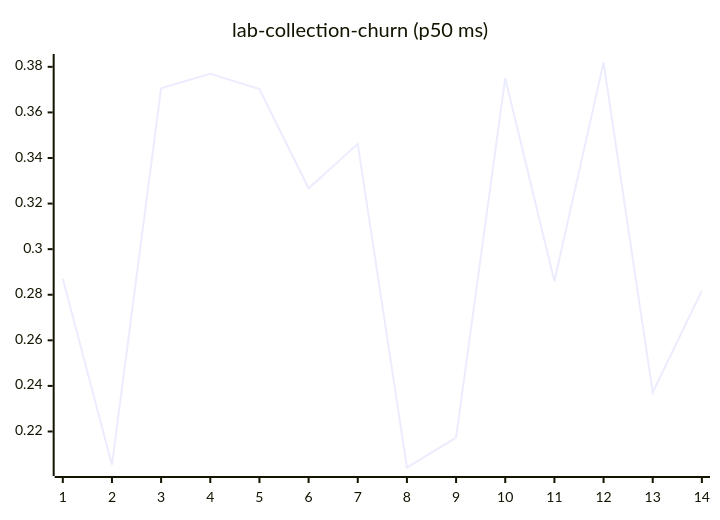
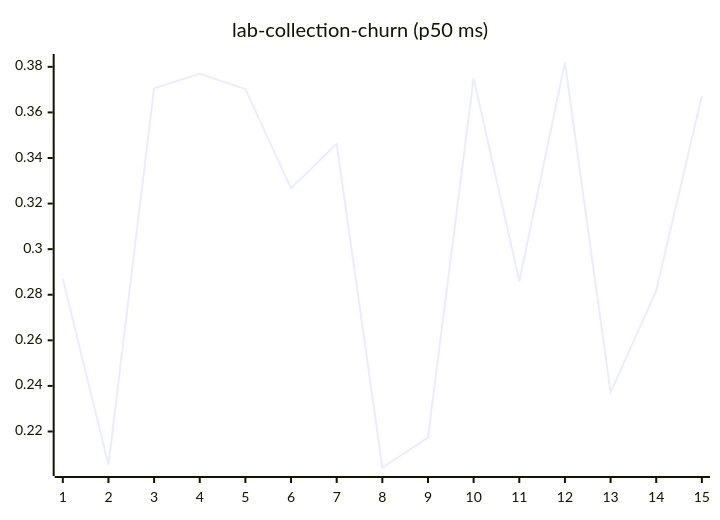
One commit to josha/Facet changed diagram 11 of 27 in README.md. Above: the diagram before and after it, drawn with Mermaid. The commit also changed other lines of this file and 2 other files, not shown here.

````diff
--- a/README.md
+++ b/README.md
@@ -133,6 +133,6 @@
 ```mermaid
 xychart-beta
     title "lab-collection-churn (p50 ms)"
-    x-axis 1 --> 14
-    line [0.2870, 0.2054, 0.3706, 0.3769, 0.3702, 0.3267, 0.3462, 0.2042, 0.2173, 0.3750, 0.2859, 0.3819, 0.2371, 0.2818]
+    x-axis 1 --> 15
+    line [0.2870, 0.2054, 0.3706, 0.3769, 0.3702, 0.3267, 0.3462, 0.2042, 0.2173, 0.3750, 0.2859, 0.3819, 0.2371, 0.2818, 0.3673]
 ```
````
